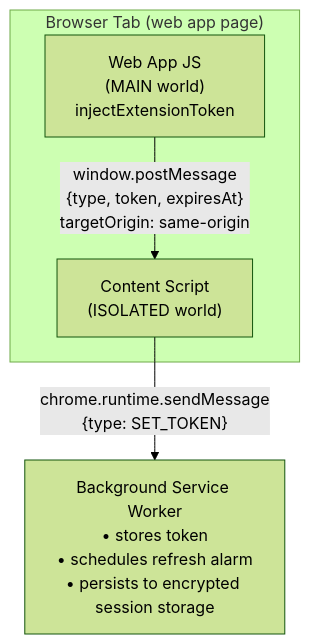
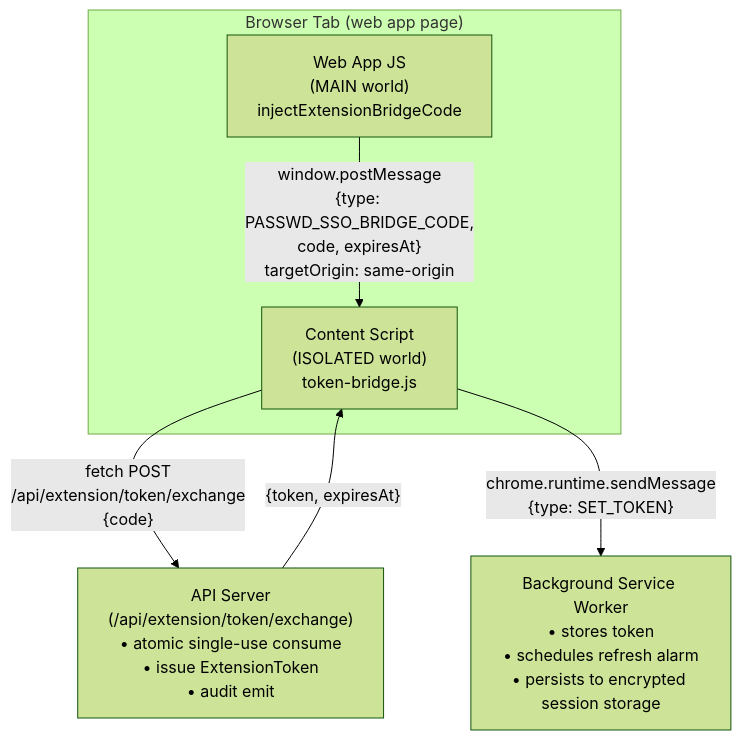
One commit to ngc-shj/passwd-sso changed the first of 6 diagrams in docs/architecture/extension-token-bridge.md. Above: the diagram before and after it, drawn with Mermaid (forest theme). The commit also changed other lines of this file and 40 other files, not shown here.

First line of the commit message:
feat: extension bridge code exchange — replace bearer token postMessage (#364)

````diff
--- a/docs/architecture/extension-token-bridge.md
+++ b/docs/architecture/extension-token-bridge.md
@@ -16,12 +27,15 @@
 ```mermaid
 flowchart TB
     subgraph BrowserTab["Browser Tab (web app page)"]
-        WebApp["Web App JS<br/>(MAIN world)<br/>injectExtensionToken"]
-        ContentScript["Content Script<br/>(ISOLATED world)"]
-        WebApp -- "window.postMessage<br/>{type, token, expiresAt}<br/>targetOrigin: same-origin" --> ContentScript
+        WebApp["Web App JS<br/>(MAIN world)<br/>injectExtensionBridgeCode"]
+        ContentScript["Content Script<br/>(ISOLATED world)<br/>token-bridge.js"]
+        WebApp -- "window.postMessage<br/>{type: PASSWD_SSO_BRIDGE_CODE,<br/>code, expiresAt}<br/>targetOrigin: same-origin" --> ContentScript
     end
 
+    ContentScript -- "fetch POST<br/>/api/extension/token/exchange<br/>{code}" --> ApiServer
+    ApiServer["API Server<br/>(/api/extension/token/exchange)<br/>• atomic single-use consume<br/>• issue ExtensionToken<br/>• audit emit"]
+    ApiServer -- "{token, expiresAt}" --> ContentScript
     ContentScript -- "chrome.runtime.sendMessage<br/>{type: SET_TOKEN}" --> BgWorker
 
     BgWorker["Background Service Worker<br/>• stores token<br/>• schedules refresh alarm<br/>• persists to encrypted session storage"]
 ```
````
